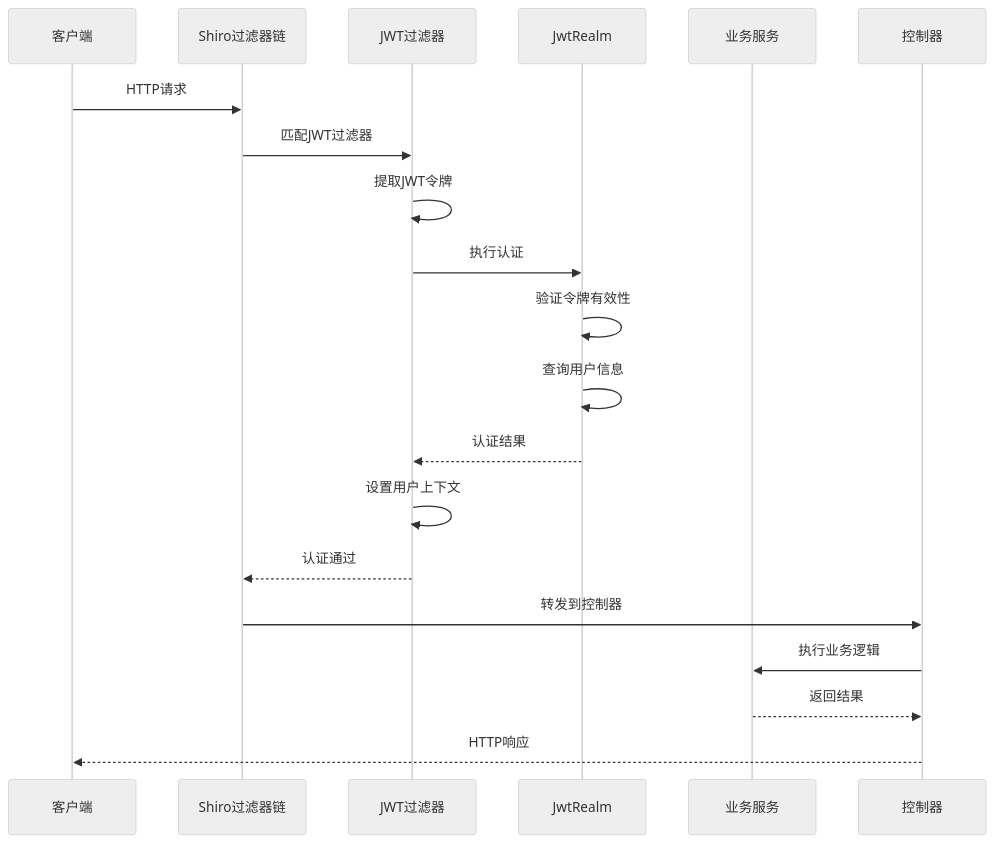
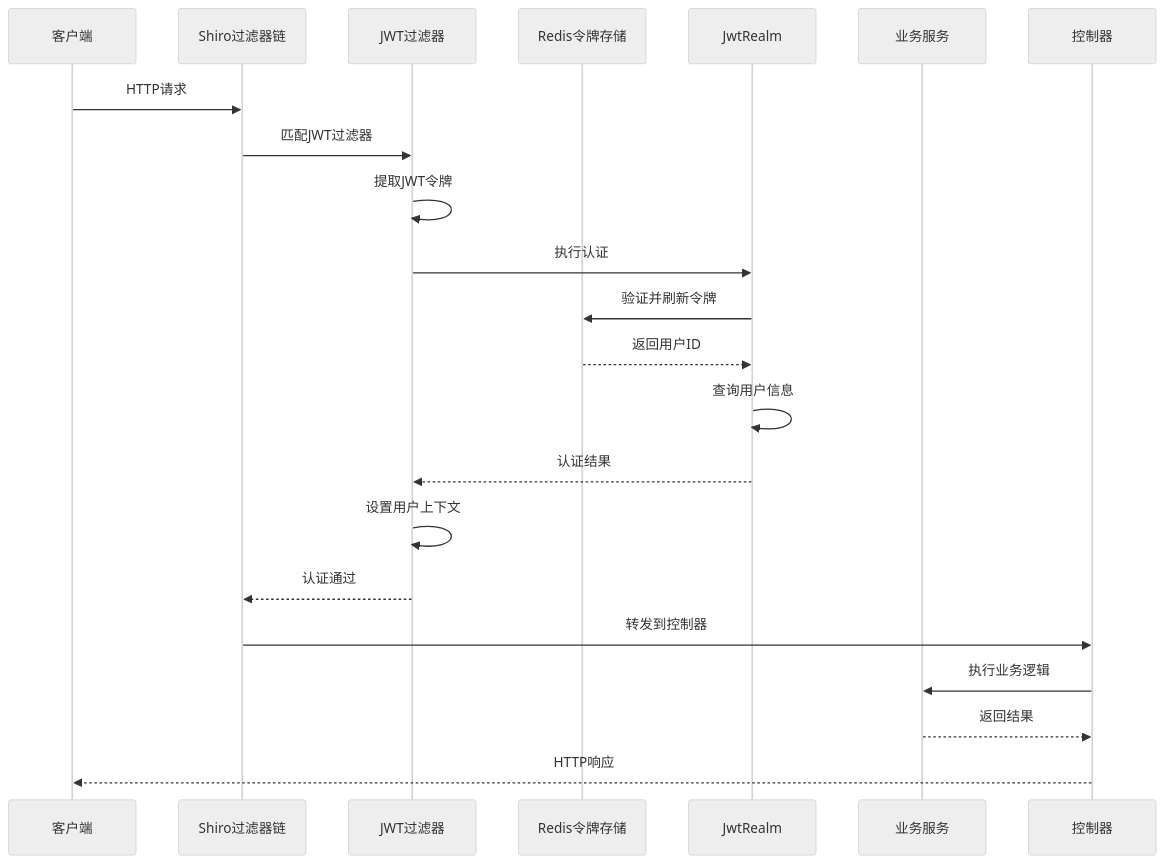
The second of 12 diagrams in .qoder/repowiki/zh/content/安全认证系统/Shiro安全配置.md (20164206160/zhishilu), drawn with Mermaid (neutral theme) before and after one commit. The commit also changed other lines of this file and 28 other files, not shown here.

````diff
--- a/.qoder/repowiki/zh/content/安全认证系统/Shiro安全配置.md
+++ b/.qoder/repowiki/zh/content/安全认证系统/Shiro安全配置.md
@@ -127,22 +148,24 @@
 ```mermaid
 sequenceDiagram
 participant Client as 客户端
 participant Filter as Shiro过滤器链
 participant JwtFilter as JWT过滤器
+participant Redis as Redis令牌存储
 participant Realm as JwtRealm
 participant Service as 业务服务
 participant Controller as 控制器
 Client->>Filter : HTTP请求
 Filter->>JwtFilter : 匹配JWT过滤器
 JwtFilter->>JwtFilter : 提取JWT令牌
 JwtFilter->>Realm : 执行认证
-Realm->>Realm : 验证令牌有效性
+Realm->>Redis : 验证并刷新令牌
+Redis-->>Realm : 返回用户ID
 Realm->>Realm : 查询用户信息
 Realm-->>JwtFilter : 认证结果
 JwtFilter->>JwtFilter : 设置用户上下文
 JwtFilter-->>Filter : 认证通过
 Filter->>Controller : 转发到控制器
 Controller->>Service : 执行业务逻辑
 Service-->>Controller : 返回结果
 Controller-->>Client : HTTP响应
 ```
````
